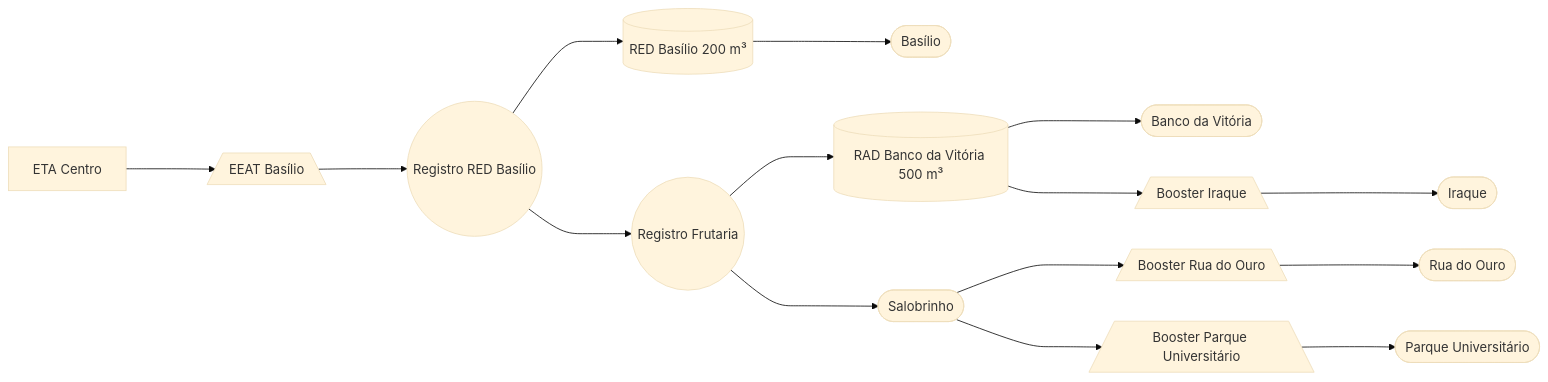
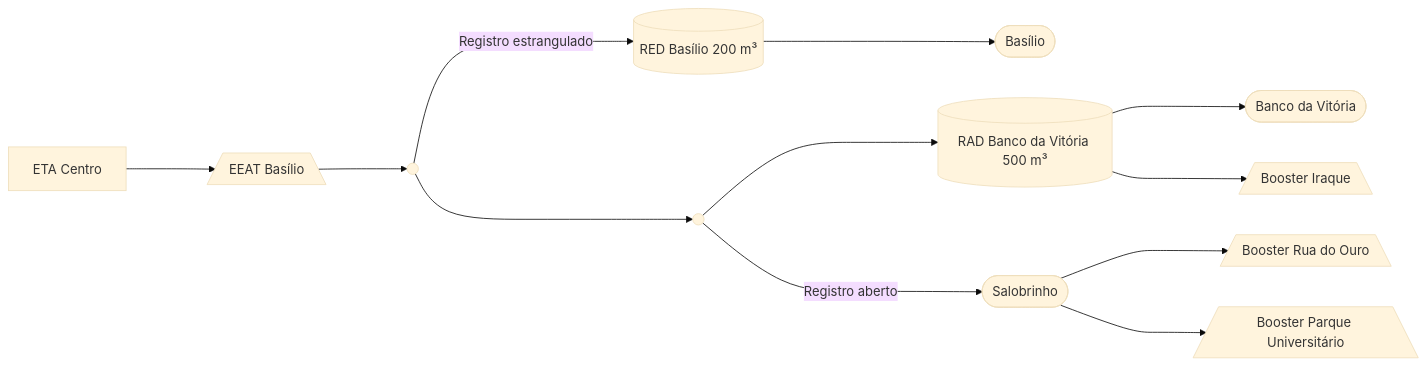
Before and after one commit to iagovls/CCO-Documentation: the diagram in ETA Centro/Basílio/Basílio.md, drawn with Mermaid (base theme).

````diff
--- a/ETA Centro/Basílio/Basílio.md
+++ b/ETA Centro/Basílio/Basílio.md
@@ -20,52 +20,38 @@
 ```mermaid
 flowchart LR
         
     ETA["ETA Centro"]    
 
     EEATBasilio[/"EEAT Basílio"\] 
     
-    RegistroRedBasilio(("Registro RED Basílio")) 
+   
     
-    RegistroFrutaria(("Registro Frutaria"))
-    
-    RedBasilio[("RED Basílio 200 m³")]
-   
-    RadBancoDaVitoria[("RAD Banco da Vitória 500 m³")]
-    
+    RedBasilio[("RED Basílio 200 m³")]   
+    RadBancoDaVitoria[("RAD Banco da Vitória 500 m³")]    
     BoosterIraque[/"Booster Iraque"\]
-    
-    Basilio(["Basílio"])
-    
-    BancoDaVitoria(["Banco da Vitória"])
-    
-    Iraque(["Iraque"])
-    
-    Salobrinho(["Salobrinho"])
-    
-    RuaDoOuro(["Rua do Ouro"])
-   
-    ParqueUniversitario(["Parque Universitário"])
-    
+    click BoosterIraque "https://github.com/iagovls/CCO-Documentation/blob/main/ETA%20Centro/Bas%C3%ADlio/Booster%20Iraque.md"
+    Basilio(["Basílio"])    
+    BancoDaVitoria(["Banco da Vitória"])    
+    Salobrinho(["Salobrinho"])    
     BoosterRuaDoOuro[/"Booster Rua do Ouro"\]
-    
-    BoosterParqueUniversitario[/"Booster Parque Universitário"\]   
-
+    click BoosterRuaDoOuro "https://github.com/iagovls/CCO-Documentation/blob/main/ETA%20Centro/Bas%C3%ADlio/Booster%20Rua%20do%20Ouro.md"
+BoosterParqueUniversitario[/"Booster Parque Universitário"\]   
+    click BoosterParqueUniversitario "https://github.com/iagovls/CCO-Documentation/blob/main/ETA%20Centro/Bas%C3%ADlio/Booster%20Parque%20Universit%C3%A1rio.md"
+    RegistroRedBasilio@{shape: sm-circ}
+    RegistroFrutaria@{shape: sm-circ}
 
     %% Ligações
     ETA ---> EEATBasilio
     EEATBasilio ---> RegistroRedBasilio
-    RegistroRedBasilio ---> RedBasilio
+    RegistroRedBasilio ---> |Registro estrangulado| RedBasilio
+    RedBasilio ---> Basilio
     RegistroRedBasilio ---> RegistroFrutaria
-    RedBasilio ---> Basilio
     RegistroFrutaria ---> RadBancoDaVitoria
     RadBancoDaVitoria ---> BancoDaVitoria
     RadBancoDaVitoria ---> BoosterIraque
-    BoosterIraque ---> Iraque
-    RegistroFrutaria ---> Salobrinho
+    RegistroFrutaria --->|Registro aberto| Salobrinho
     Salobrinho ---> BoosterRuaDoOuro
     Salobrinho ---> BoosterParqueUniversitario       
-    BoosterRuaDoOuro---> RuaDoOuro       
-    BoosterParqueUniversitario ---> ParqueUniversitario       
        
     
 ```
````
